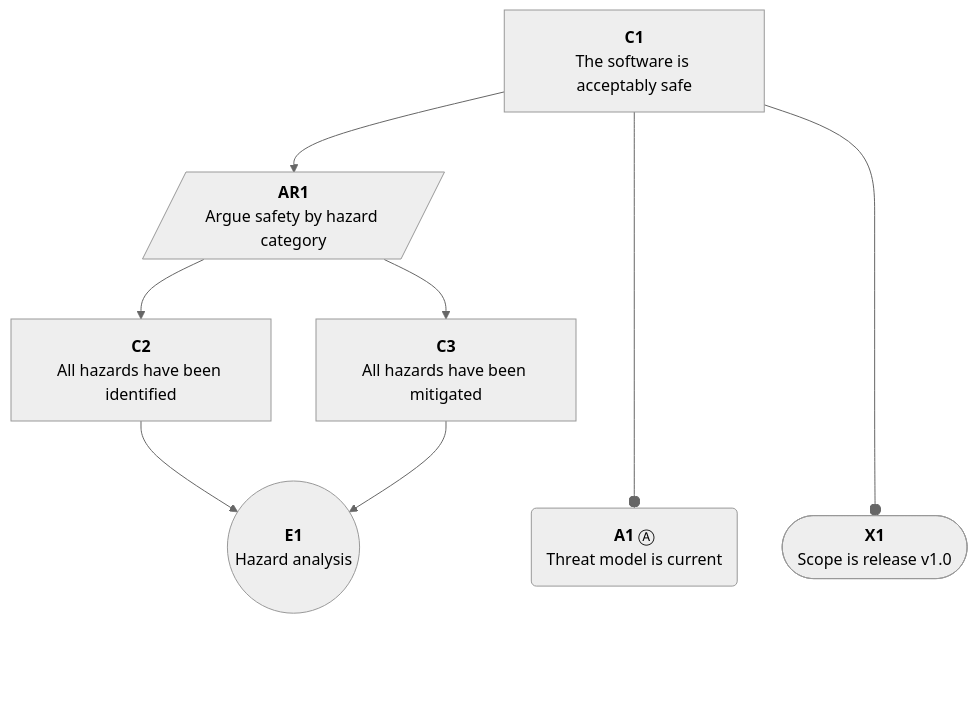
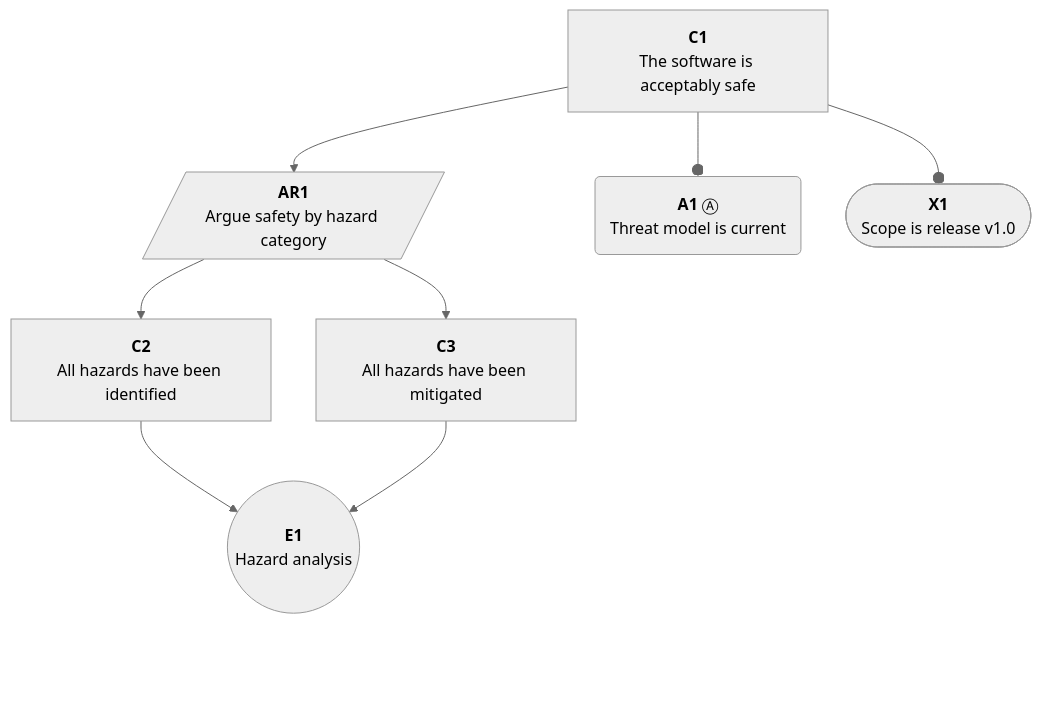
The diagram in tests/fixtures/simple.gsn.mermaid.expected.md (david-a-wheeler/verocase), drawn with Mermaid before and after one commit. The commit also changed 8 other files, not shown here.

First line of the commit message:
Fix GSN side-by-side rendering and use per-leaf BottomPadding nodes

````diff
--- a/tests/fixtures/simple.gsn.mermaid.expected.md
+++ b/tests/fixtures/simple.gsn.mermaid.expected.md
@@ -1,41 +1,41 @@
 ```mermaid
 ---
 config:
   theme: neutral
   flowchart:
     curve: basis
     htmlLabels: true
     rankSpacing: 60
     nodeSpacing: 45
     padding: 15
 ---
 flowchart TD
     classDef invisible opacity:0
     classDef gsnUndev stroke-width:2px,stroke-dasharray: 5 5;
     classDef connector fill:none,stroke:#cccccc,stroke-width:1px;
     C1["<b>C1</b><br>The software is acceptably safe"]
     AR1[/"<b>AR1</b><br>Argue safety by hazard category"/]
     A1("<b>A1</b>&nbsp;Ⓐ<br>Threat model is current")
     X1(["<b>X1</b><br>Scope is release v1.0"])
     C2["<b>C2</b><br>All hazards have been identified"]
     C3["<b>C3</b><br>All hazards have been mitigated"]
     E1(("<b>E1</b><br>Hazard analysis"))
     click C1 "https://github.com/david-a-wheeler/verocase/blob/main/tests/fixtures/simple.gsn.mermaid.expected.md#claim-c1"
     click AR1 "https://github.com/david-a-wheeler/verocase/blob/main/tests/fixtures/simple.gsn.mermaid.expected.md#strategy-ar1"
     click A1 "https://github.com/david-a-wheeler/verocase/blob/main/tests/fixtures/simple.gsn.mermaid.expected.md#assumption-a1"
     click X1 "https://github.com/david-a-wheeler/verocase/blob/main/tests/fixtures/simple.gsn.mermaid.expected.md#context-x1"
     click C2 "https://github.com/david-a-wheeler/verocase/blob/main/tests/fixtures/simple.gsn.mermaid.expected.md#claim-c2"
     click C3 "https://github.com/david-a-wheeler/verocase/blob/main/tests/fixtures/simple.gsn.mermaid.expected.md#claim-c3"
     click E1 "https://github.com/david-a-wheeler/verocase/blob/main/tests/fixtures/simple.gsn.mermaid.expected.md#evidence-e1"
 
     C1 --> AR1
     AR1 --> C2
     C2 --> E1
     AR1 --> C3
     C3 --> E1
     C1 --o A1
     C1 --o X1
-    E1 ~~~ BottomPadding[ ]:::invisible
-    A1 ~~~ BottomPadding
-    X1 ~~~ BottomPadding
+    E1 ~~~ BottomPadding1[ ]:::invisible
+    A1 ~~~ BottomPadding2[ ]:::invisible
+    X1 ~~~ BottomPadding3[ ]:::invisible
 ```
````
